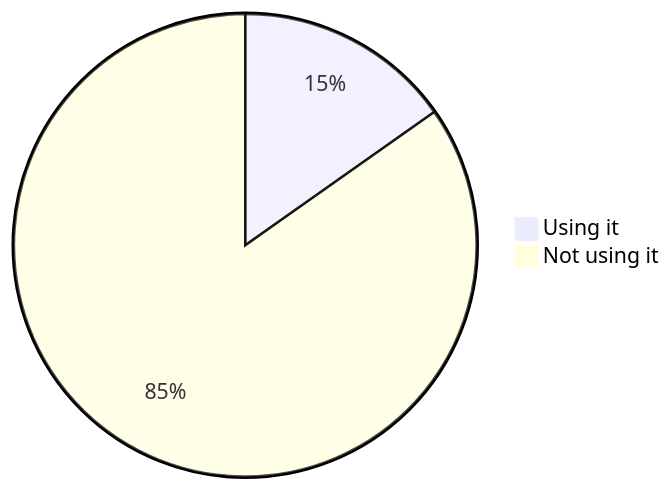
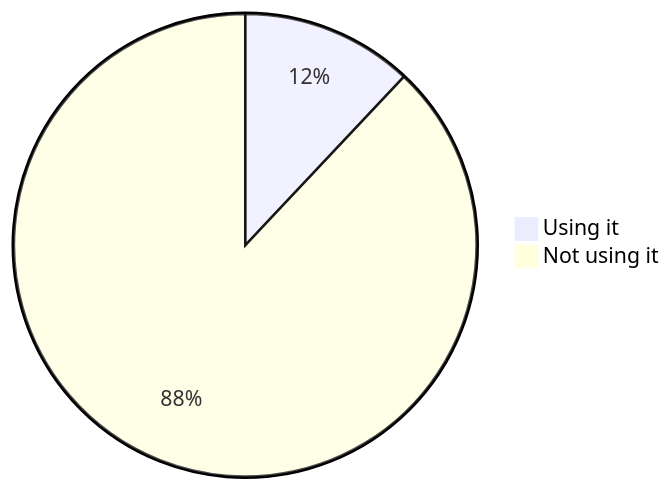
One commit to oshp/oshp-stats changed diagram 13 of 22 in stats.md. Above: the diagram before and after it, drawn with Mermaid. The commit also changed other lines of this file, not shown here.

````diff
--- a/stats.md
+++ b/stats.md
@@ -154,6 +154,6 @@
 ```mermaid
 pie
-	"Using it" : 15.22
-	"Not using it" : 84.78
+	"Using it" : 12.02
+	"Not using it" : 87.98
 
 ```
````
